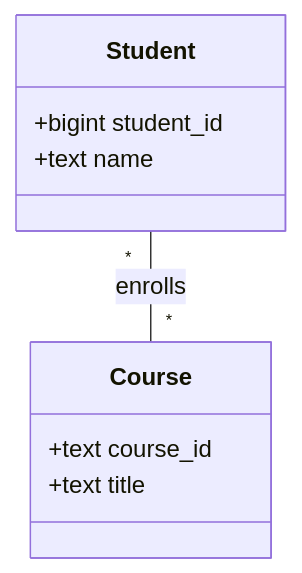
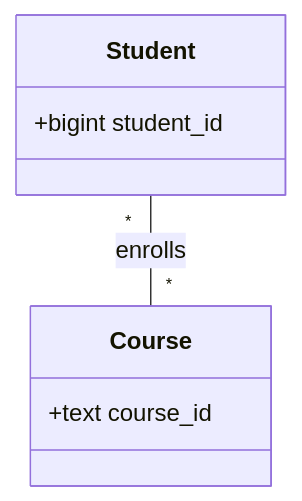
One commit to ufdatastudio/cop5725fa26 changed diagram 11 of 17 in lecture-outlines/day6-er-modeling/slides.md. Above: the diagram before and after it, drawn with Mermaid. The commit also changed other lines of this file and 11 other files, not shown here.

First line of the commit message:
docs: adopt textbook ER marks and add design-decision slides to day 6

````diff
--- a/lecture-outlines/day6-er-modeling/slides.md
+++ b/lecture-outlines/day6-er-modeling/slides.md
@@ -620,12 +621,10 @@
 ```mermaid
 classDiagram
   class Student {
     +bigint student_id
-    +text name
   }
   class Course {
     +text course_id
-    +text title
   }
   Student "*" -- "*" Course : enrolls
 ```
````
